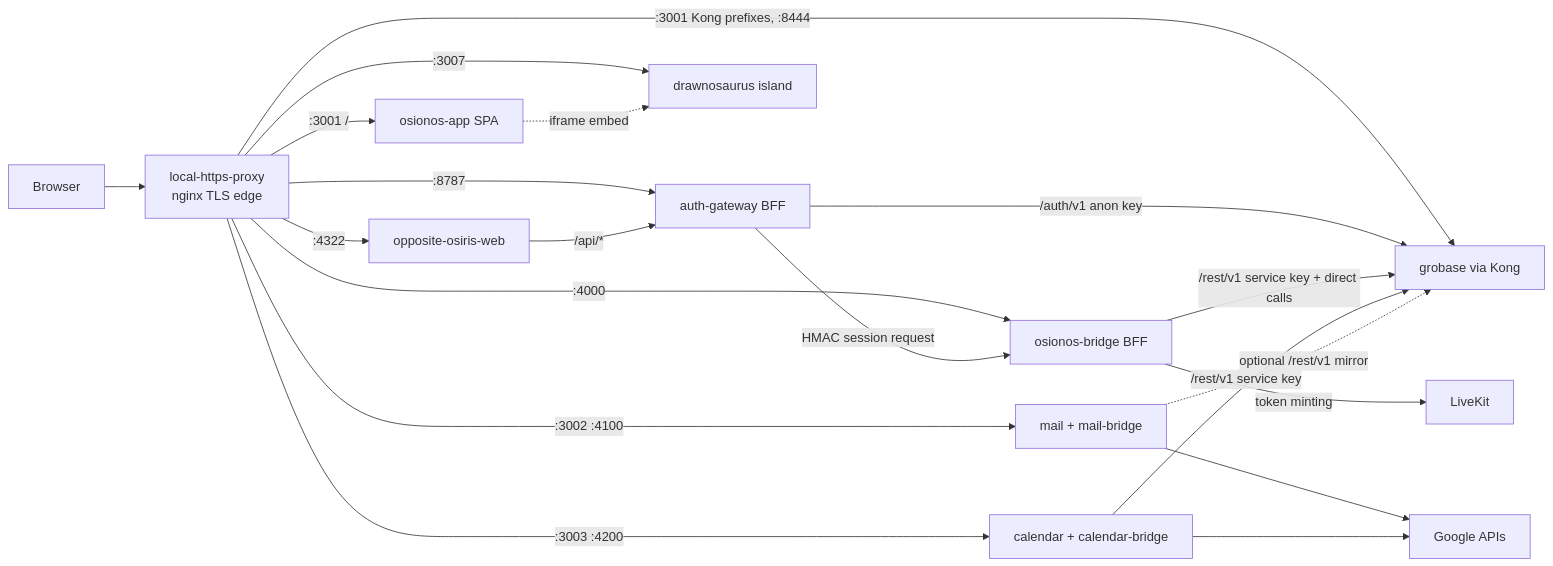
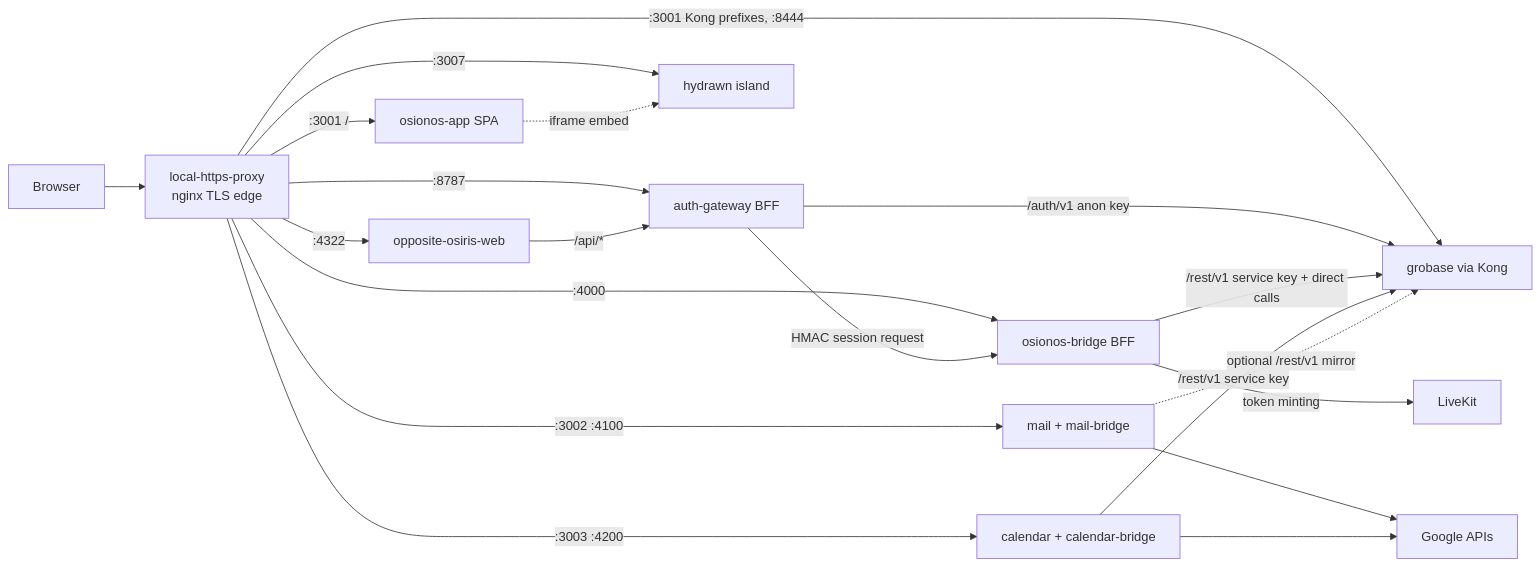
One commit to Univers42/groot changed the first of 5 diagrams in wiki/architecture/study/00-context-map.md. Above: the diagram before and after it, drawn with Mermaid. The commit also changed other lines of this file and 33 other files, not shown here.

First line of the commit message:
refactor(hydrawn): rename drawnosaurus to hydrawn across groot

````diff
--- a/wiki/architecture/study/00-context-map.md
+++ b/wiki/architecture/study/00-context-map.md
@@ -39,22 +39,22 @@
 ```mermaid
 flowchart LR
   B["Browser"] --> P["local-https-proxy<br/>nginx TLS edge"]
   P -->|":4322"| OO["opposite-osiris-web"]
   P -->|":8787"| AG["auth-gateway BFF"]
   P -->|":3001 /"| OA["osionos-app SPA"]
   P -->|":4000"| BR["osionos-bridge BFF"]
   P -->|":3002 :4100"| ML["mail + mail-bridge"]
   P -->|":3003 :4200"| CL["calendar + calendar-bridge"]
-  P -->|":3007"| DW["drawnosaurus island"]
+  P -->|":3007"| DW["hydrawn island"]
   P -->|":3001 Kong prefixes, :8444"| G["grobase via Kong"]
   OO -->|"/api/*"| AG
   AG -->|"/auth/v1 anon key"| G
   AG -->|"HMAC session request"| BR
   BR -->|"/rest/v1 service key + direct calls"| G
   CL -->|"/rest/v1 service key"| G
   ML -.->|"optional /rest/v1 mirror"| G
   BR -->|"token minting"| LK["LiveKit"]
   ML --> GO["Google APIs"]
   CL --> GO
   OA -.->|"iframe embed"| DW
 ```
````
